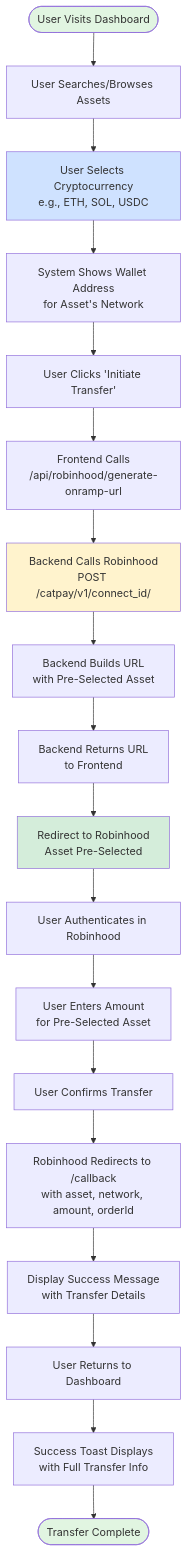
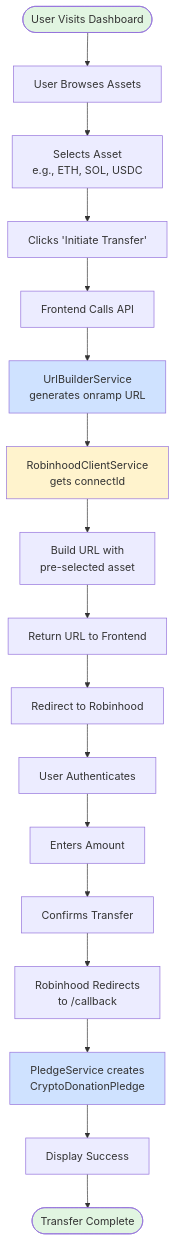
One commit to endaoment/robinhood-connect-poc changed the first of 5 diagrams in robinhood-onramp/docs/FLOW-DIAGRAMS.md. Above: the diagram before and after it, drawn with Mermaid. The commit also changed other lines of this file and 53 other files, not shown here.

First line of the commit message:
docs: Complete SP14 - Comprehensive documentation update and backend alignment

````diff
--- a/robinhood-onramp/docs/FLOW-DIAGRAMS.md
+++ b/robinhood-onramp/docs/FLOW-DIAGRAMS.md
@@ -9,29 +21,28 @@
 ```mermaid
 flowchart TD
-    Start([User Visits Dashboard]) --> Search[User Searches/Browses Assets]
-    Search --> Select[User Selects Cryptocurrency<br/>e.g., ETH, SOL, USDC]
-    Select --> ShowAddress[System Shows Wallet Address<br/>for Asset's Network]
-    ShowAddress --> InitiateBtn[User Clicks 'Initiate Transfer']
-    
-    InitiateBtn --> CallAPI[Frontend Calls<br/>/api/robinhood/generate-onramp-url]
-    CallAPI --> GetConnectId[Backend Calls Robinhood<br/>POST /catpay/v1/connect_id/]
-    GetConnectId --> BuildURL[Backend Builds URL<br/>with Pre-Selected Asset]
-    BuildURL --> ReturnURL[Backend Returns URL<br/>to Frontend]
-    
-    ReturnURL --> Redirect[Redirect to Robinhood<br/>Asset Pre-Selected]
-    Redirect --> RHAuth[User Authenticates in Robinhood]
-    RHAuth --> RHAmount[User Enters Amount<br/>for Pre-Selected Asset]
-    RHAmount --> RHConfirm[User Confirms Transfer]
+    Start([User Visits Dashboard]) --> Browse[User Browses Assets]
+    Browse --> Select[Selects Asset<br/>e.g., ETH, SOL, USDC]
+    Select --> InitiateBtn[Clicks 'Initiate Transfer']
 
-    RHConfirm --> Callback[Robinhood Redirects to /callback<br/>with asset, network, amount, orderId]
-    Callback --> ShowSuccess[Display Success Message<br/>with Transfer Details]
-    ShowSuccess --> Dashboard[User Returns to Dashboard]
-    Dashboard --> Toast[Success Toast Displays<br/>with Full Transfer Info]
-    Toast --> Complete([Transfer Complete])
+    InitiateBtn --> Frontend[Frontend Calls API]
+    Frontend --> UrlBuilder[UrlBuilderService<br/>generates onramp URL]
+    UrlBuilder --> RHClient[RobinhoodClientService<br/>gets connectId]
+    RHClient --> BuildURL[Build URL with<br/>pre-selected asset]
+    BuildURL --> ReturnURL[Return URL to Frontend]
+
+    ReturnURL --> Redirect[Redirect to Robinhood]
+    Redirect --> RHAuth[User Authenticates]
+    RHAuth --> RHAmount[Enters Amount]
+    RHAmount --> RHConfirm[Confirms Transfer]
+
+    RHConfirm --> Callback[Robinhood Redirects<br/>to /callback]
+    Callback --> PledgeService[PledgeService creates<br/>CryptoDonationPledge]
+    PledgeService --> ShowSuccess[Display Success]
+    ShowSuccess --> Complete([Transfer Complete])
 
     style Start fill:#e1f5e1
     style Complete fill:#e1f5e1
-    style Select fill:#cfe2ff
-    style GetConnectId fill:#fff3cd
-    style Redirect fill:#d4edda
+    style UrlBuilder fill:#cfe2ff
+    style PledgeService fill:#cfe2ff
+    style RHClient fill:#fff3cd
 ```
````
